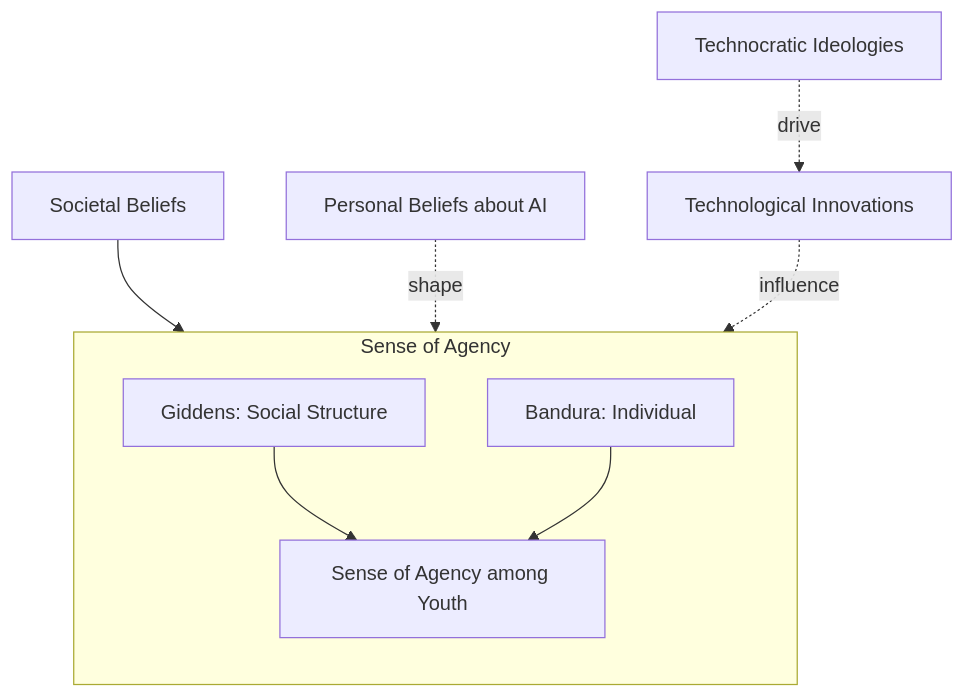
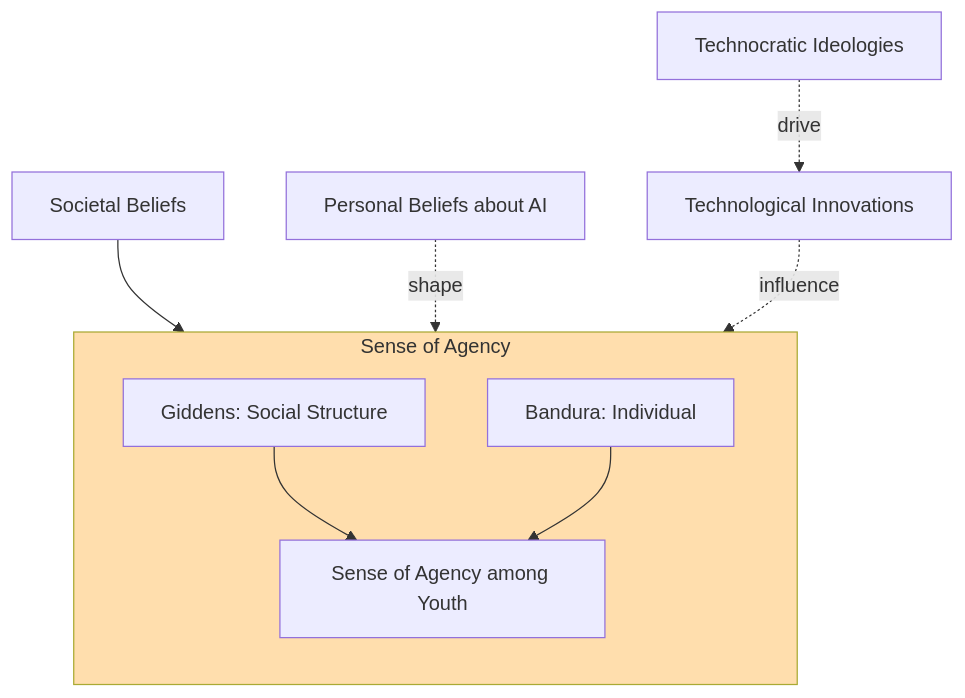
The diagram in _manuscript/proposal-2026-03.qmd (fritzvd/proposal), drawn with Mermaid before and after one commit. The commit also changed 9 other files, not shown here.

Commit message:
mermaid colors

````diff
--- a/_manuscript/proposal-2026-03.qmd
+++ b/_manuscript/proposal-2026-03.qmd
@@ -63,24 +63,30 @@
 ```{mermaid}
+
+
 graph TD
+classDef Amber fill:#FFDEAD;
     soa[Sense of Agency among Youth]
     soc[Societal Beliefs] --> AGENCY
     ideology[Technocratic Ideologies] -. drive .-> tec
     tec[Technological Innovations]
     pers[Personal Beliefs about AI] -. shape .->AGENCY
     tec -. influence .-> AGENCY
 
     subgraph AGENCY["Sense of Agency"]
     direction TB
     Gid[Giddens: Social Structure] --> soa
     Ban[Bandura: Individual] --> soa
     end
+
+class AGENCY Amber;
+
     %% Sci[Scientific Community] -- Discovers --> Inno((Innovations))
     %% Com[Tech Companies] -. Develop .-> Inno
     %% Inno --> Com
     %% Com -. Fund .-> Sci
     %% Inno -. Lead to .-> Products
     %% Com -- Develop --> Products(New Products)
     %% Products -- Marketed to --> Cu{Customers}
     %% Com -- influence --> Media
     %% Media -. inflates importance .-> Cu
 ```
````
